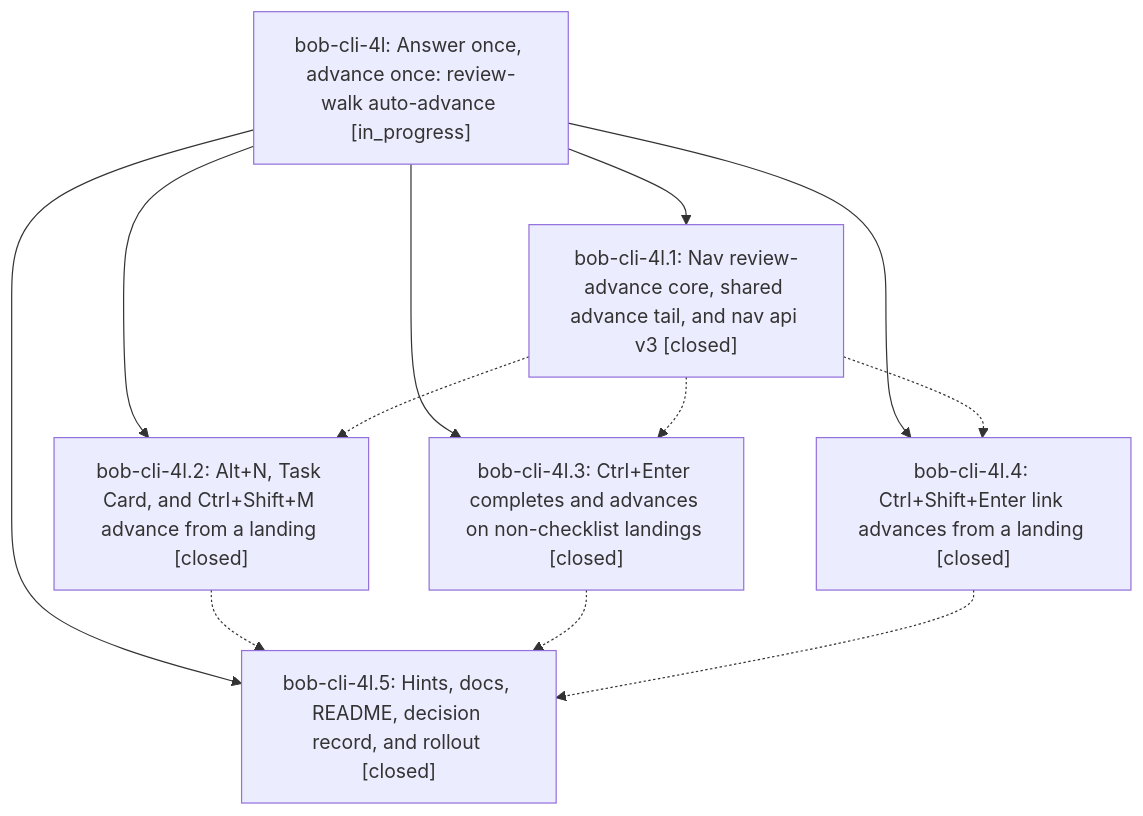
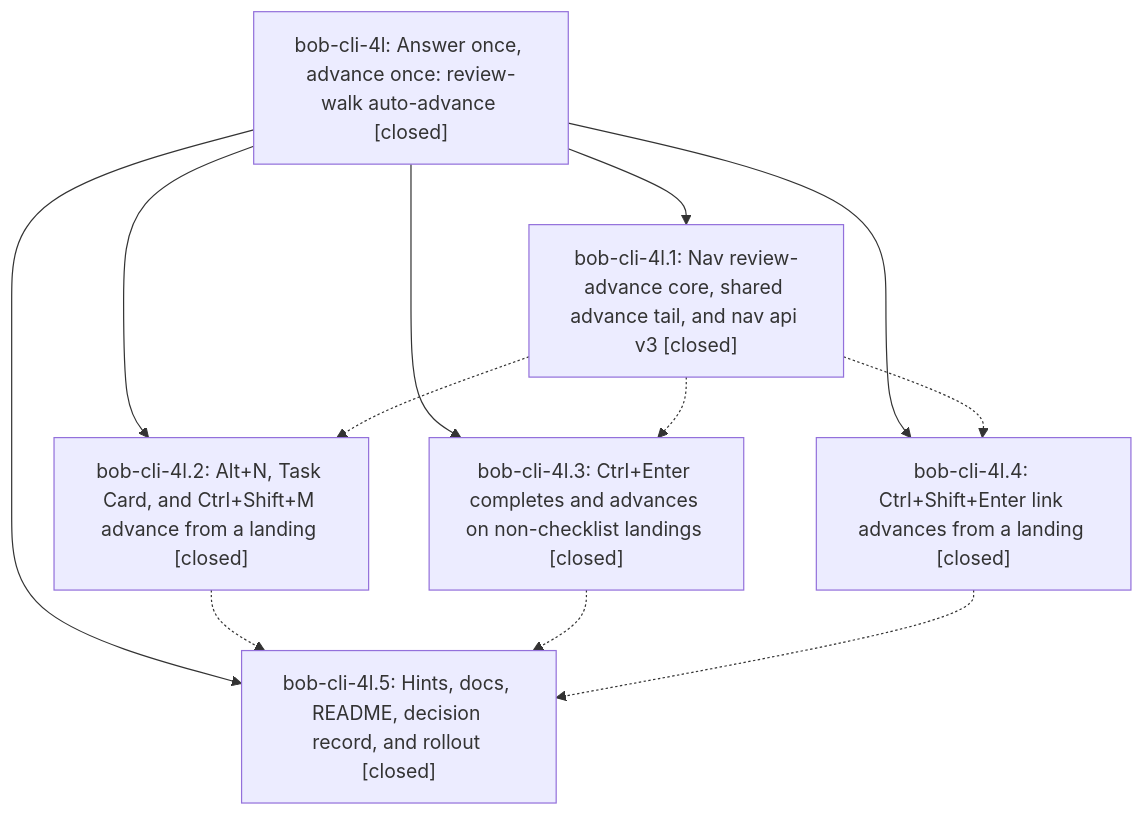
Before and after one commit to bobs-org/bob-cli--beads: the diagram in pages/bob-cli-4l/README.md, drawn with Mermaid. The commit also changed other lines of this file, not shown here.

First line of the commit message:
chore(beads): sync bead state and pages for bob-cli-4l

````diff
--- a/pages/bob-cli-4l/README.md
+++ b/pages/bob-cli-4l/README.md
@@ -26,20 +36,20 @@
 ```mermaid
 flowchart TD
-    n0["bob-cli-4l: Answer once, advance once: review-walk auto-advance [in_progress]"]
+    n0["bob-cli-4l: Answer once, advance once: review-walk auto-advance [closed]"]
     n1["bob-cli-4l.1: Nav review-advance core, shared advance tail, and nav api v3 [closed]"]
     n2["bob-cli-4l.2: Alt+N, Task Card, and Ctrl+Shift+M advance from a landing [closed]"]
     n3["bob-cli-4l.3: Ctrl+Enter completes and advances on non-checklist landings [closed]"]
     n4["bob-cli-4l.4: Ctrl+Shift+Enter link advances from a landing [closed]"]
     n5["bob-cli-4l.5: Hints, docs, README, decision record, and rollout [closed]"]
     n0 --> n1
     n0 --> n2
     n0 --> n3
     n0 --> n4
     n0 --> n5
     n1 -.-> n2
     n1 -.-> n3
     n1 -.-> n4
     n2 -.-> n5
     n3 -.-> n5
     n4 -.-> n5
 ```
````
